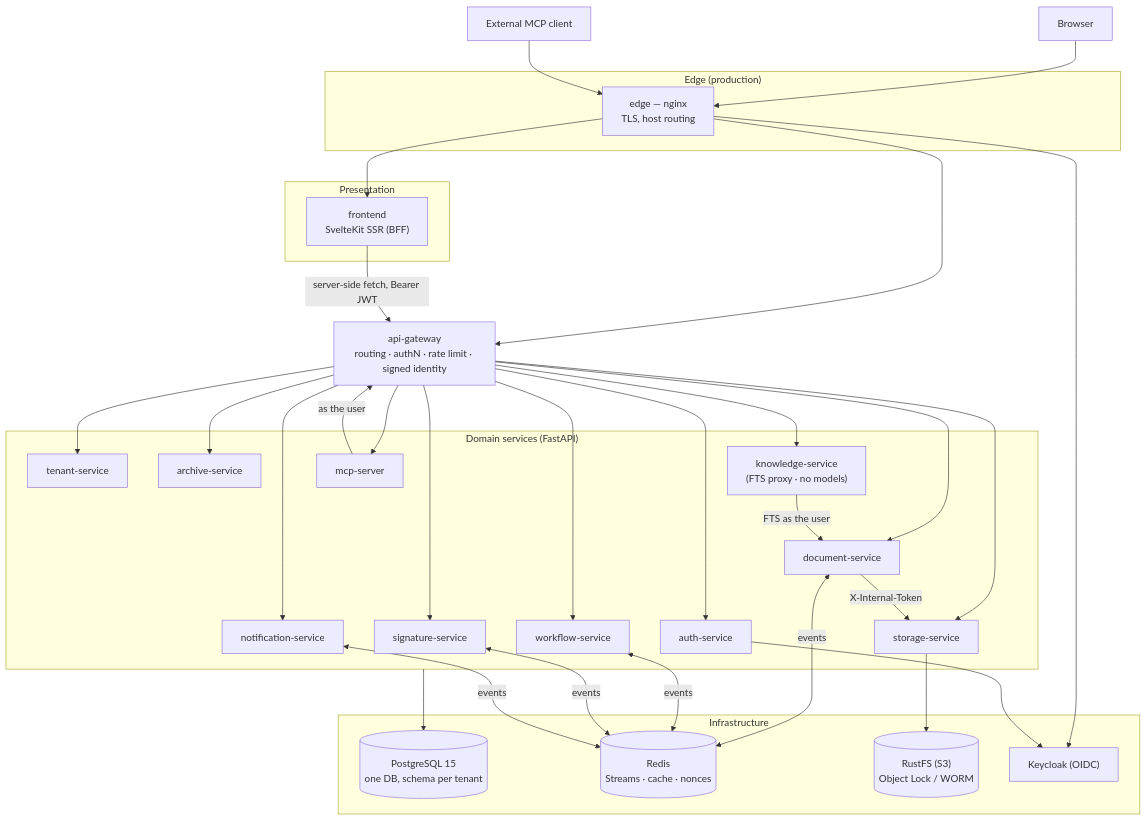
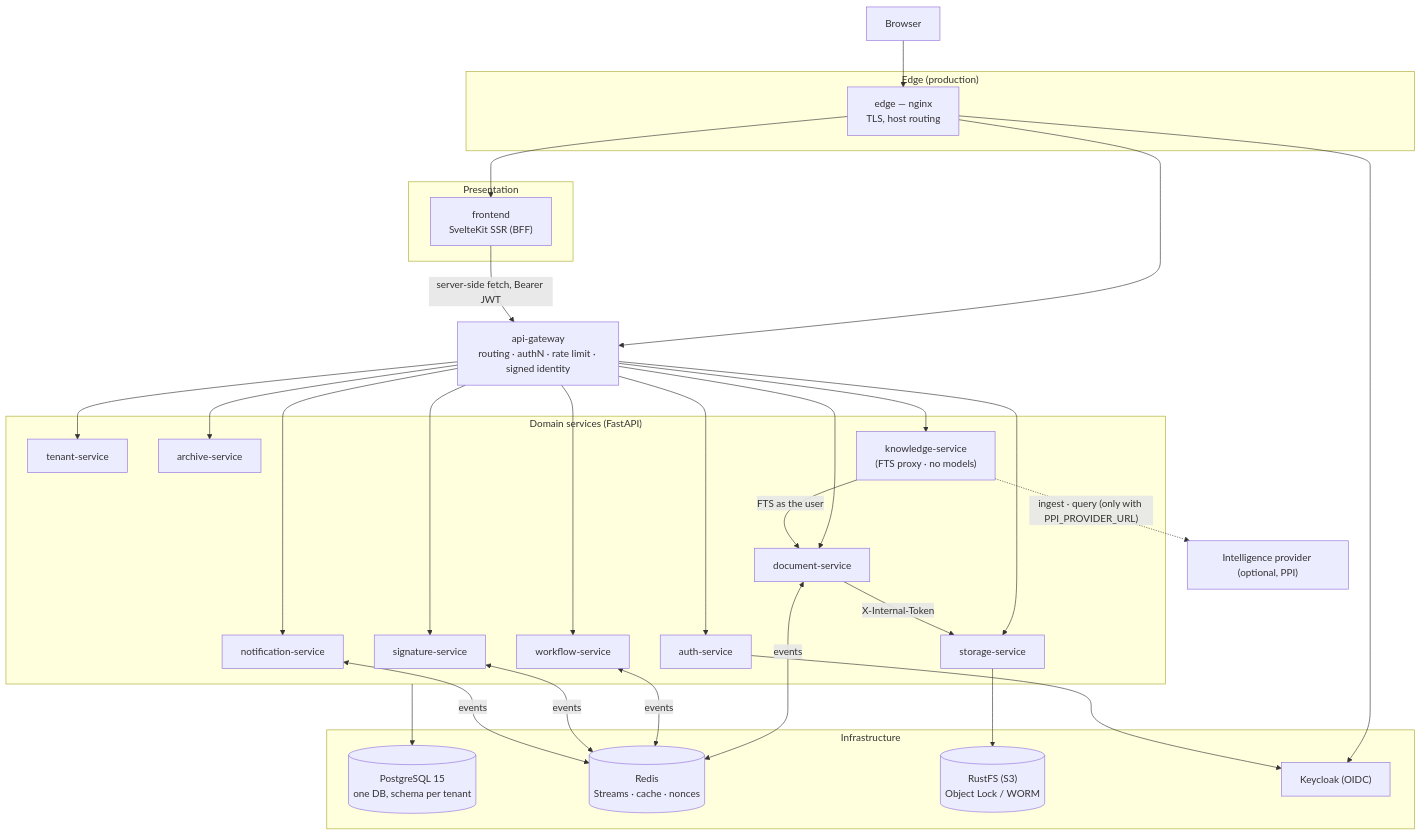
The first of 5 diagrams in ARCHITECTURE.md (camilo1rp/docuboto), drawn with Mermaid before and after one commit. The commit also changed other lines of this file and 26 other files, not shown here.

Commit message:
docs: ADR-051 implementado, sin MCP y con PPI v1.4.0 (es/en)

````diff
--- a/ARCHITECTURE.md
+++ b/ARCHITECTURE.md
@@ -23,49 +23,47 @@
 ```mermaid
 graph TB
     Browser["Browser"]
-    Ext["External MCP client"]
+    PPI["Intelligence provider (optional, PPI)"]
 
     subgraph edge["Edge (production)"]
         NGINX["edge — nginx<br/>TLS, host routing"]
     end
 
     subgraph presentation["Presentation"]
         FE["frontend<br/>SvelteKit SSR (BFF)"]
     end
 
     GW["api-gateway<br/>routing · authN · rate limit · signed identity"]
 
     subgraph domain["Domain services (FastAPI)"]
         AUTH["auth-service"]
         TEN["tenant-service"]
         DOC["document-service"]
         ARC["archive-service"]
         STO["storage-service"]
         WF["workflow-service"]
         NOT["notification-service"]
         SIG["signature-service"]
         KNO["knowledge-service<br/>(FTS proxy · no models)"]
-        MCP["mcp-server"]
     end
 
     subgraph infra["Infrastructure"]
         PG[("PostgreSQL 15<br/>one DB, schema per tenant")]
         RD[("Redis<br/>Streams · cache · nonces")]
         S3[("RustFS (S3)<br/>Object Lock / WORM")]
         KC["Keycloak (OIDC)"]
     end
 
     Browser --> NGINX --> FE
     NGINX --> GW
     NGINX --> KC
-    Ext --> NGINX
     FE -->|server-side fetch, Bearer JWT| GW
-    GW --> AUTH & TEN & DOC & ARC & STO & WF & NOT & SIG & KNO & MCP
-    MCP -->|as the user| GW
+    GW --> AUTH & TEN & DOC & ARC & STO & WF & NOT & SIG & KNO
     KNO -->|FTS as the user| DOC
+    KNO -.->|"ingest · query (only with PPI_PROVIDER_URL)"| PPI
     DOC -->|X-Internal-Token| STO
     DOC & WF & SIG & NOT <-->|events| RD
     AUTH --> KC
     domain --> PG
     STO --> S3
 ```
````
